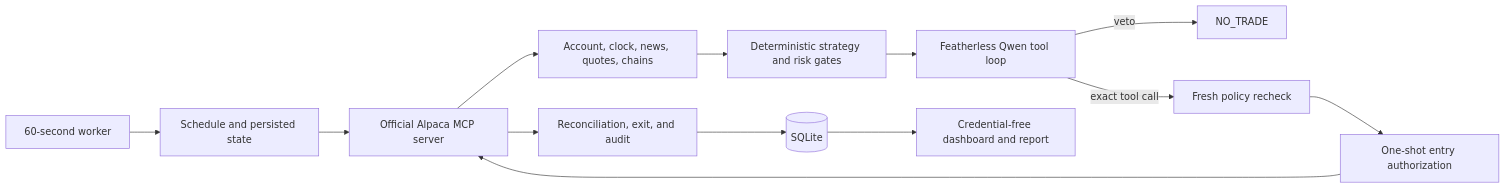
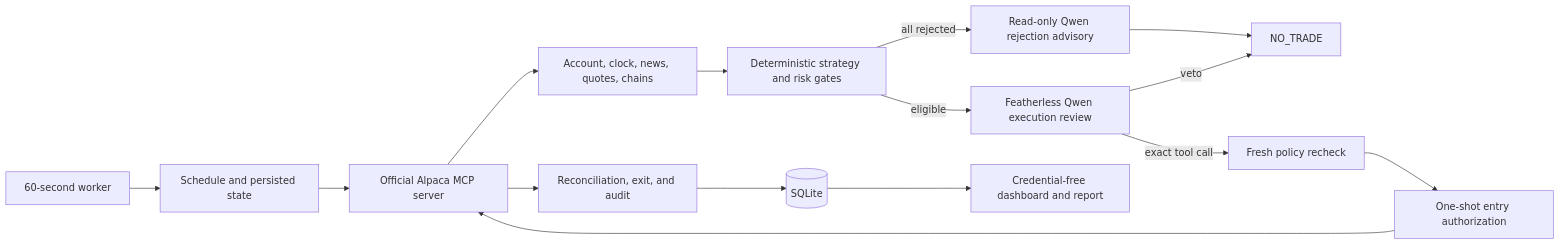
The diagram in README.md (Ryo0326-hub/agent-apple), drawn with Mermaid before and after one commit. The commit also changed other lines of this file and 36 other files, not shown here.

````diff
--- a/README.md
+++ b/README.md
@@ -50,15 +54,17 @@
 ```mermaid
 flowchart LR
     W[60-second worker] --> S[Schedule and persisted state]
     S --> M[Official Alpaca MCP server]
     M --> D[Account, clock, news, quotes, chains]
     D --> G[Deterministic strategy and risk gates]
-    G --> Q[Featherless Qwen tool loop]
+    G -->|eligible| Q[Featherless Qwen execution review]
+    G -->|all rejected| QA[Read-only Qwen rejection advisory]
+    QA --> N[Deterministic rejection remains final]
     Q -->|veto| N[NO_TRADE]
     Q -->|exact tool call| P[Fresh policy recheck]
     P --> A[One-shot entry authorization]
     A --> M
     M --> R[Reconciliation, exit, and audit]
     R --> DB[(SQLite)]
     DB --> UI[Credential-free dashboard and report]
 ```
````
